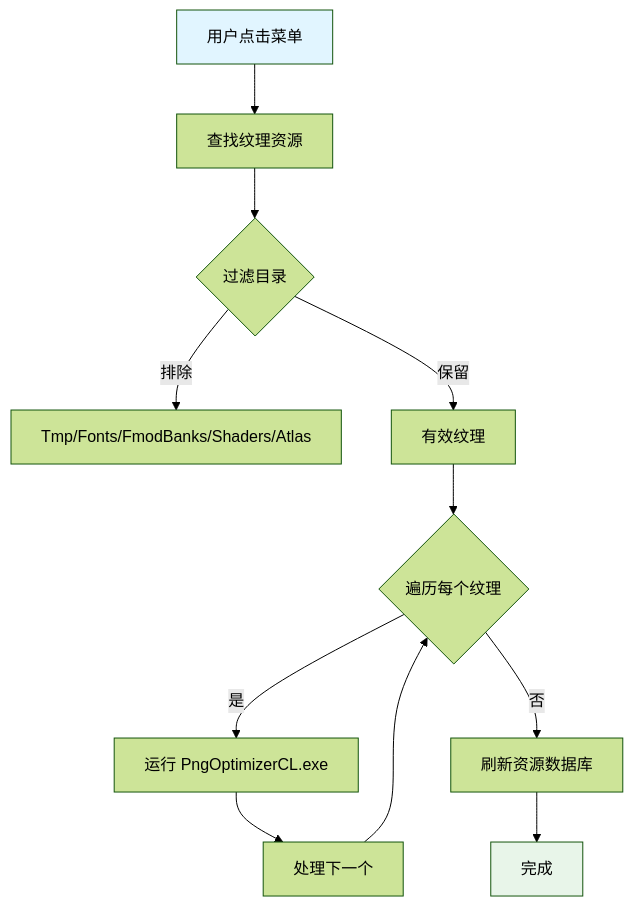
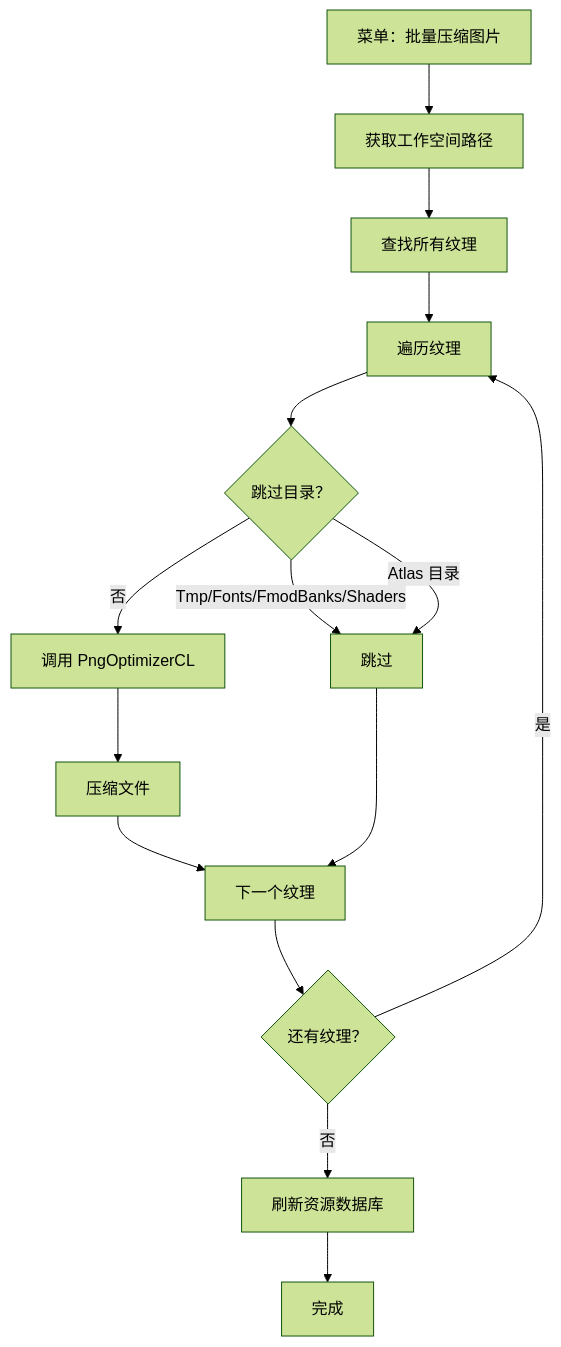
Before and after one commit to acsta/Container: the diagram in Assets/Scripts/Editor/ArtEditor/Atlas/PngOptimizerCL.cs.md, drawn with Mermaid (forest theme). The commit also changed other lines of this file and 3 other files, not shown here.

````diff
--- a/Assets/Scripts/Editor/ArtEditor/Atlas/PngOptimizerCL.cs.md
+++ b/Assets/Scripts/Editor/ArtEditor/Atlas/PngOptimizerCL.cs.md
@@ -68,16 +84,17 @@
 ```mermaid
-graph TB
-    Start[用户点击菜单] --> Find[查找纹理资源]
-    Find --> Filter{过滤目录}
-    Filter -->|排除 | Tmp[Tmp/Fonts/FmodBanks/Shaders/Atlas]
-    Filter -->|保留 | Valid[有效纹理]
-    Valid --> Loop{遍历每个纹理}
-    Loop -->|是 | Run[运行 PngOptimizerCL.exe]
-    Run --> Next[处理下一个]
-    Next --> Loop
-    Loop -->|否 | Refresh[刷新资源数据库]
-    Refresh --> End[完成]
-    
-    style Start fill:#e1f5ff
-    style End fill:#e8f5e9
+flowchart TD
+    A[菜单：批量压缩图片] --> B[获取工作空间路径]
+    B --> C[查找所有纹理]
+    C --> D[遍历纹理]
+    D --> E{跳过目录？}
+    E -->|Tmp/Fonts/FmodBanks/Shaders| F[跳过]
+    E -->|Atlas 目录 | F
+    E -->|否 | G[调用 PngOptimizerCL]
+    G --> H[压缩文件]
+    H --> I[下一个纹理]
+    F --> I
+    I --> J{还有纹理？}
+    J -->|是 | D
+    J -->|否 | K[刷新资源数据库]
+    K --> L[完成]
 ```
````
